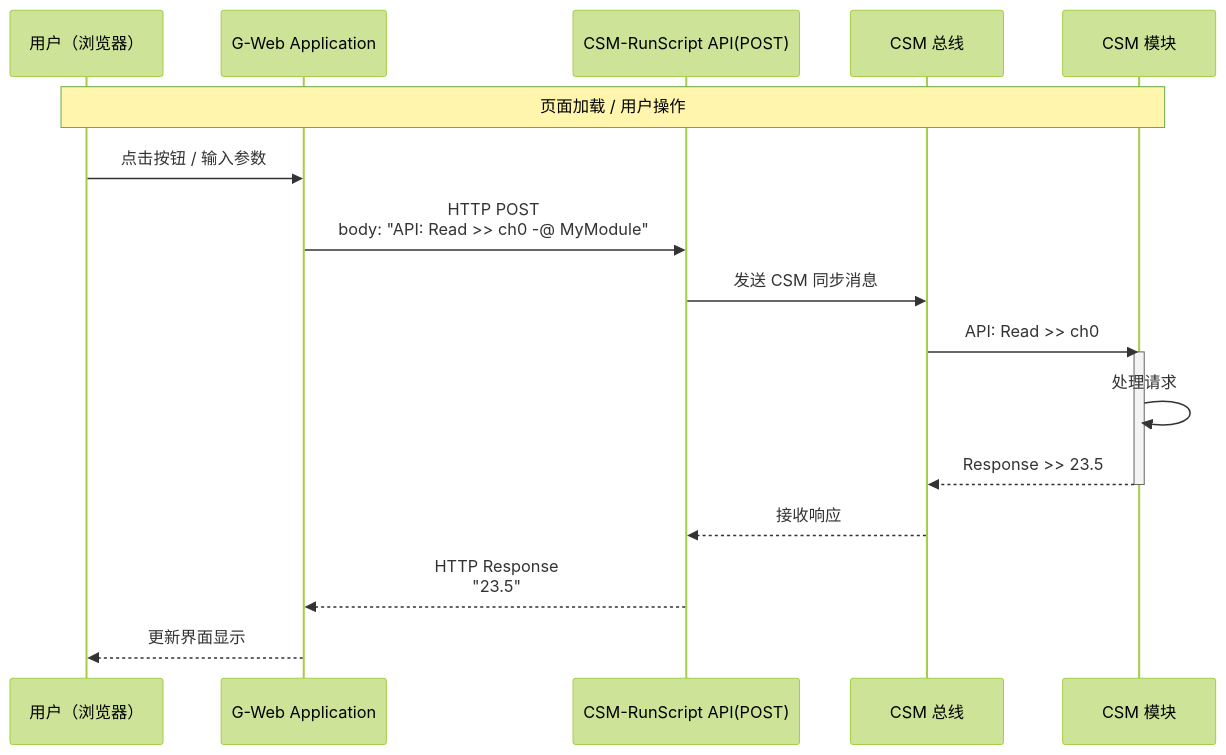
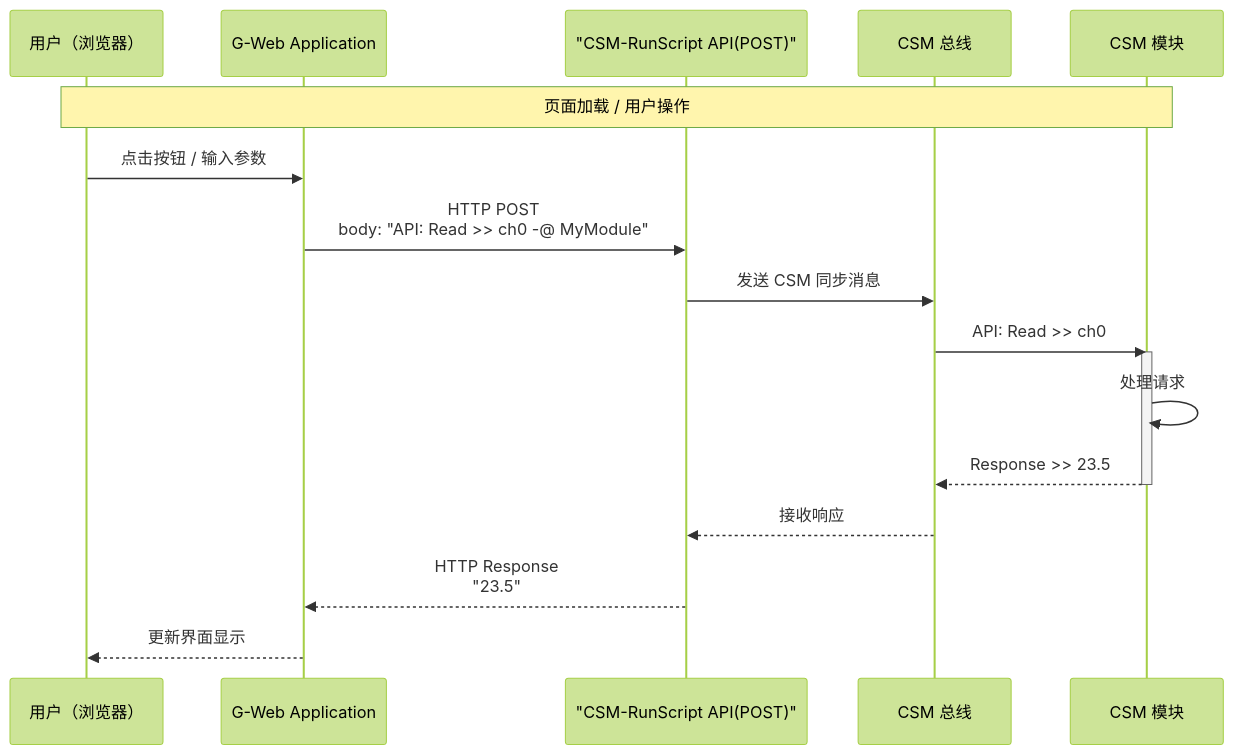
One commit to NEVSTOP-LAB/CSM-Wiki changed the fourth of 4 diagrams in docs/examples/csm-gweb-development.md. Above: the diagram before and after it, drawn with Mermaid (forest theme). The commit also changed other lines of this file, not shown here.

Commit message:
修复 Mermaid 图表中 (POST) 括号导致的解析错误

````diff
--- a/docs/examples/csm-gweb-development.md
+++ b/docs/examples/csm-gweb-development.md
@@ -186,21 +186,21 @@
 ```mermaid
 sequenceDiagram
     participant U as 用户（浏览器）
     participant G as G-Web Application
-    participant W as CSM-RunScript API(POST)
+    participant W as "CSM-RunScript API(POST)"
     participant B as CSM 总线
     participant M as CSM 模块
 
     Note over U,M: 页面加载 / 用户操作
     U->>G: 点击按钮 / 输入参数
     G->>W: HTTP POST<br/>body: "API: Read >> ch0 -@ MyModule"
     W->>B: 发送 CSM 同步消息
     B->>M: API: Read >> ch0
     activate M
     M->>M: 处理请求
     M-->>B: Response >> 23.5
     deactivate M
     B-->>W: 接收响应
     W-->>G: HTTP Response<br/>"23.5"
     G-->>U: 更新界面显示
 ```
````
